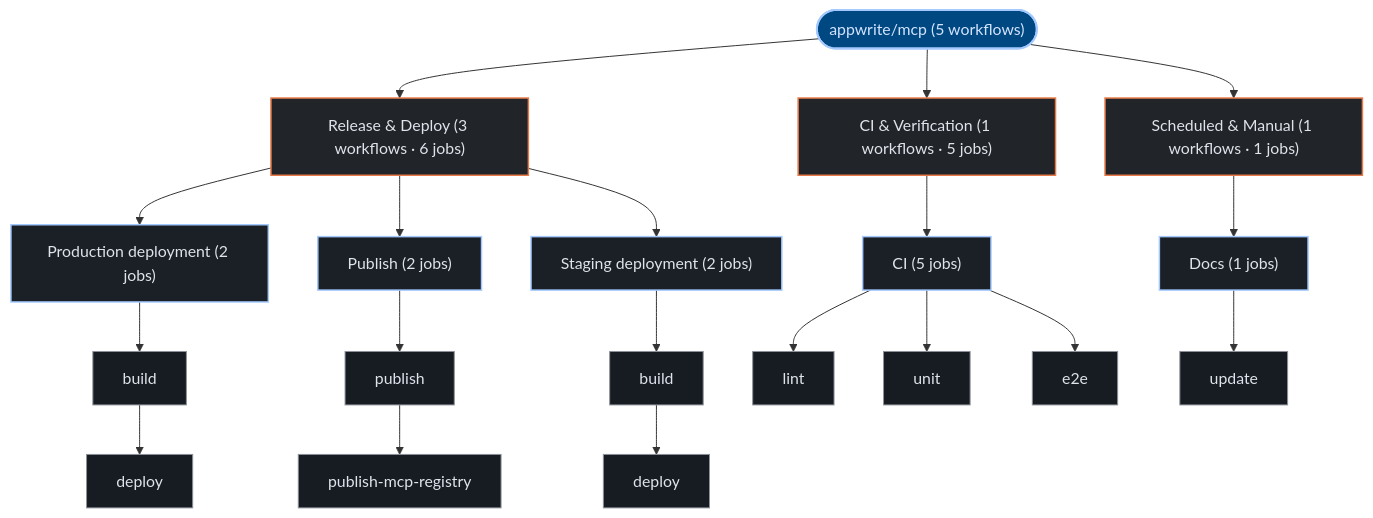
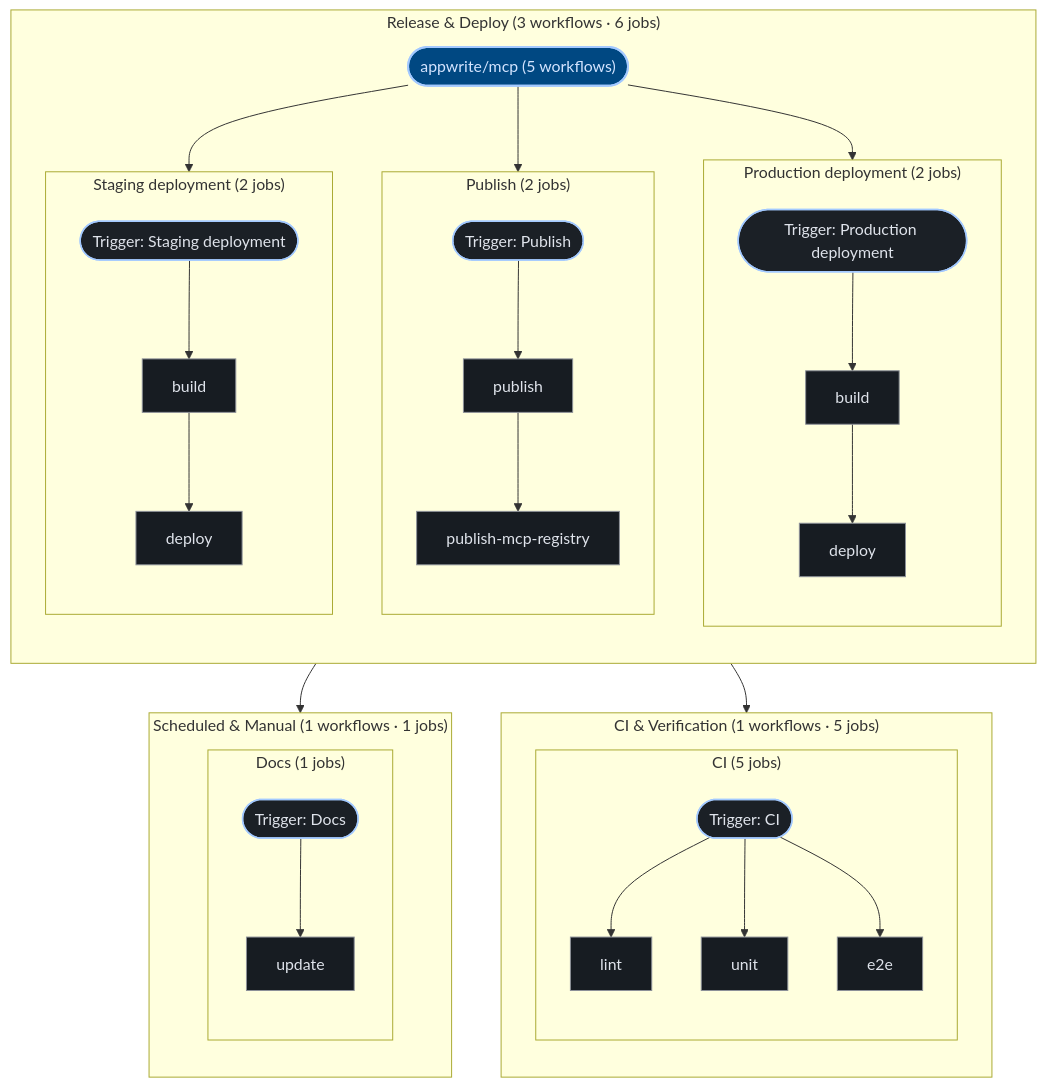
One commit to kumarshaz/atruss-code-atlas changed the third of 3 diagrams in exports/latest/reports/appwrite-mcp-report.md. Above: the diagram before and after it, drawn with Mermaid. The commit also changed 181 other files, not shown here.

````diff
--- a/exports/latest/reports/appwrite-mcp-report.md
+++ b/exports/latest/reports/appwrite-mcp-report.md
@@ -241,47 +241,65 @@
 ```mermaid
 graph TD;
   classDef atlasRoot fill:#004882,stroke:#a3c9ff,stroke-width:2px,color:#d3e4ff
   classDef atlasCategory fill:#212428,stroke:#E87A48,stroke-width:1.5px,color:#dfe3eb
   classDef atlasWorkflow fill:#1b2026,stroke:#a3c9ff,stroke-width:1.5px,color:#dfe3eb
   classDef atlasJob fill:#171c22,stroke:#8d9199,stroke-width:1px,color:#dfe3eb
   classDef atlasTarget fill:#005227,stroke:#8bd99b,stroke-width:1.5px,color:#a7f6b6
   classDef atlasAlert fill:#93000a,stroke:#ffb4ab,stroke-width:1.5px,color:#ffdad6
   classDef atlasMore fill:#252a31,stroke:#8d9199,stroke-dasharray:4 4,color:#c3c6cf
   pipeline_root(["appwrite/mcp (5 workflows)"]):::atlasRoot
-  grp_0_Release___Deploy["Release & Deploy (3 workflows · 6 jobs)"]:::atlasCategory
-  pipeline_root --> grp_0_Release___Deploy
-  wf_1_Production_deployment["Production deployment (2 jobs)"]:::atlasWorkflow
-  grp_0_Release___Deploy --> wf_1_Production_deployment
-  job_1_build["build"]:::atlasJob
-  job_1_deploy["deploy"]:::atlasJob
-  wf_1_Production_deployment --> job_1_build
-  job_1_build --> job_1_deploy
-  wf_2_Publish["Publish (2 jobs)"]:::atlasWorkflow
-  grp_0_Release___Deploy --> wf_2_Publish
-  job_2_publish["publish"]:::atlasJob
-  job_2_publish_mcp_registry["publish-mcp-registry"]:::atlasJob
-  wf_2_Publish --> job_2_publish
-  job_2_publish --> job_2_publish_mcp_registry
-  wf_3_Staging_deployment["Staging deployment (2 jobs)"]:::atlasWorkflow
-  grp_0_Release___Deploy --> wf_3_Staging_deployment
-  job_3_build["build"]:::atlasJob
-  job_3_deploy["deploy"]:::atlasJob
-  wf_3_Staging_deployment --> job_3_build
-  job_3_build --> job_3_deploy
-  grp_1_CI___Verification["CI & Verification (1 workflows · 5 jobs)"]:::atlasCategory
-  pipeline_root --> grp_1_CI___Verification
-  wf_0_CI["CI (5 jobs)"]:::atlasWorkflow
-  grp_1_CI___Verification --> wf_0_CI
-  job_0_lint["lint"]:::atlasJob
-  job_0_unit["unit"]:::atlasJob
-  job_0_e2e["e2e"]:::atlasJob
-  wf_0_CI --> job_0_lint
-  wf_0_CI --> job_0_unit
-  wf_0_CI --> job_0_e2e
-  grp_2_Scheduled___Manual["Scheduled & Manual (1 workflows · 1 jobs)"]:::atlasCategory
-  pipeline_root --> grp_2_Scheduled___Manual
-  wf_4_Docs["Docs (1 jobs)"]:::atlasWorkflow
-  grp_2_Scheduled___Manual --> wf_4_Docs
-  job_4_update["update"]:::atlasJob
-  wf_4_Docs --> job_4_update
+  subgraph sg_grp_0_Release___Deploy["Release & Deploy (3 workflows · 6 jobs)"]
+    direction TB
+    subgraph sg_wf_1_Production_deployment["Production deployment (2 jobs)"]
+      direction TB
+      wf_1_Production_deployment(["Trigger: Production deployment"]):::atlasWorkflow
+      job_1_build["build"]:::atlasJob
+      job_1_deploy["deploy"]:::atlasJob
+      wf_1_Production_deployment --> job_1_build
+      job_1_build --> job_1_deploy
+    end
+    pipeline_root --> wf_1_Production_deployment
+    subgraph sg_wf_2_Publish["Publish (2 jobs)"]
+      direction TB
+      wf_2_Publish(["Trigger: Publish"]):::atlasWorkflow
+      job_2_publish["publish"]:::atlasJob
+      job_2_publish_mcp_registry["publish-mcp-registry"]:::atlasJob
+      wf_2_Publish --> job_2_publish
+      job_2_publish --> job_2_publish_mcp_registry
+    end
+    pipeline_root --> wf_2_Publish
+    subgraph sg_wf_3_Staging_deployment["Staging deployment (2 jobs)"]
+      direction TB
+      wf_3_Staging_deployment(["Trigger: Staging deployment"]):::atlasWorkflow
+      job_3_build["build"]:::atlasJob
+      job_3_deploy["deploy"]:::atlasJob
+      wf_3_Staging_deployment --> job_3_build
+      job_3_build --> job_3_deploy
+    end
+    pipeline_root --> wf_3_Staging_deployment
+  end
+  subgraph sg_grp_1_CI___Verification["CI & Verification (1 workflows · 5 jobs)"]
+    direction TB
+    subgraph sg_wf_0_CI["CI (5 jobs)"]
+      direction TB
+      wf_0_CI(["Trigger: CI"]):::atlasWorkflow
+      job_0_lint["lint"]:::atlasJob
+      job_0_unit["unit"]:::atlasJob
+      job_0_e2e["e2e"]:::atlasJob
+      wf_0_CI --> job_0_lint
+      wf_0_CI --> job_0_unit
+      wf_0_CI --> job_0_e2e
+    end
+    pipeline_root --> wf_0_CI
+  end
+  subgraph sg_grp_2_Scheduled___Manual["Scheduled & Manual (1 workflows · 1 jobs)"]
+    direction TB
+    subgraph sg_wf_4_Docs["Docs (1 jobs)"]
+      direction TB
+      wf_4_Docs(["Trigger: Docs"]):::atlasWorkflow
+      job_4_update["update"]:::atlasJob
+      wf_4_Docs --> job_4_update
+    end
+    pipeline_root --> wf_4_Docs
+  end
 ```
````
